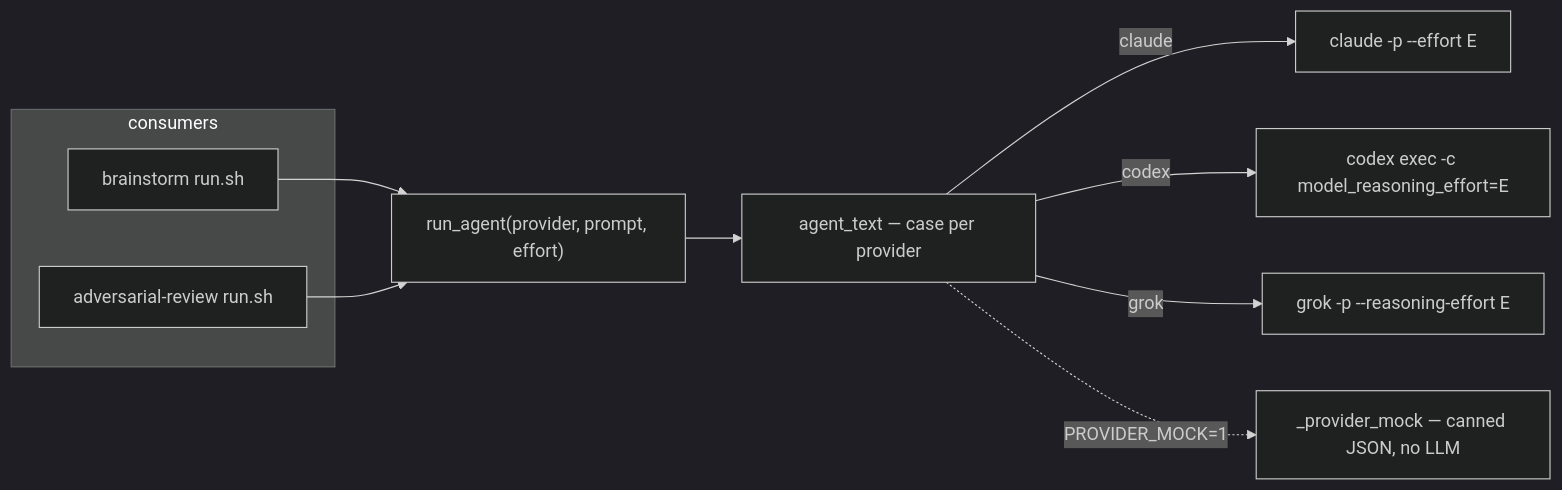
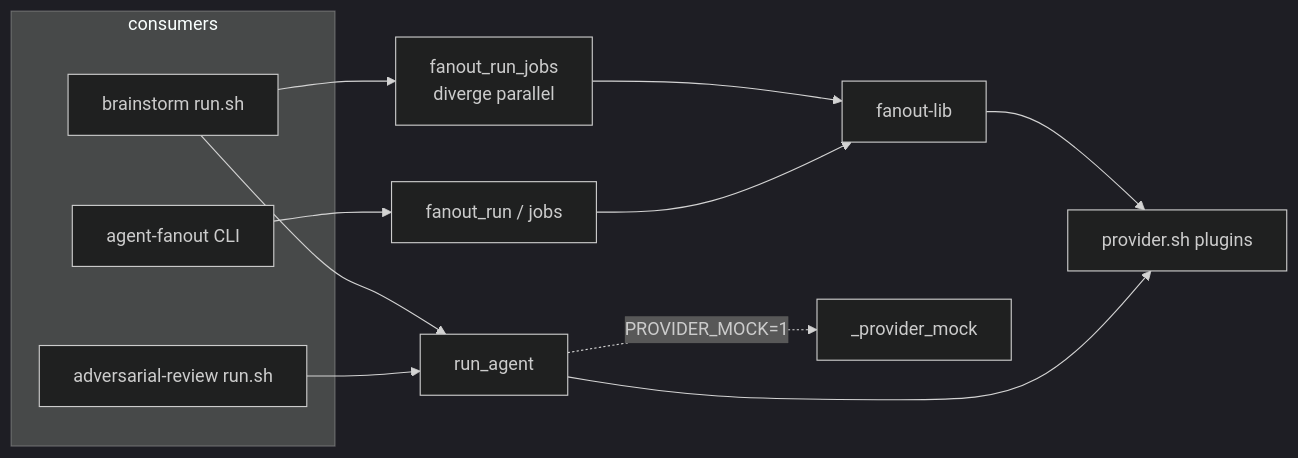
One commit to yunsii/wezdeck changed the second of 4 diagrams in docs/brainstorm.md. Above: the diagram before and after it, drawn with Mermaid (dark theme). The commit also changed other lines of this file and 8 other files, not shown here.

First line of the commit message:
feat(agent-fanout): 固化多后端并发调用并统一分层 invoke

````diff
--- a/docs/brainstorm.md
+++ b/docs/brainstorm.md
@@ -78,14 +83,17 @@
 ```mermaid
 flowchart LR
   subgraph consumers
     B["brainstorm run.sh"]
     A["adversarial-review run.sh"]
+    C["agent-fanout CLI"]
   end
-  B --> RA["run_agent(provider, prompt, effort)"]
+  B --> DJ["fanout_run_jobs<br/>diverge parallel"]
+  B --> RA["run_agent"]
   A --> RA
-  RA --> AT["agent_text — case per provider"]
-  AT -->|claude| C1["claude -p --effort E"]
-  AT -->|codex| C2["codex exec -c model_reasoning_effort=E"]
-  AT -->|grok| C3["grok -p --reasoning-effort E"]
-  AT -. "PROVIDER_MOCK=1" .-> MK["_provider_mock — canned JSON, no LLM"]
+  C --> FR["fanout_run / jobs"]
+  DJ --> FL["fanout-lib"]
+  FR --> FL
+  FL --> P["provider.sh plugins"]
+  RA --> P
+  RA -. "PROVIDER_MOCK=1" .-> MK["_provider_mock"]
 ```
````
